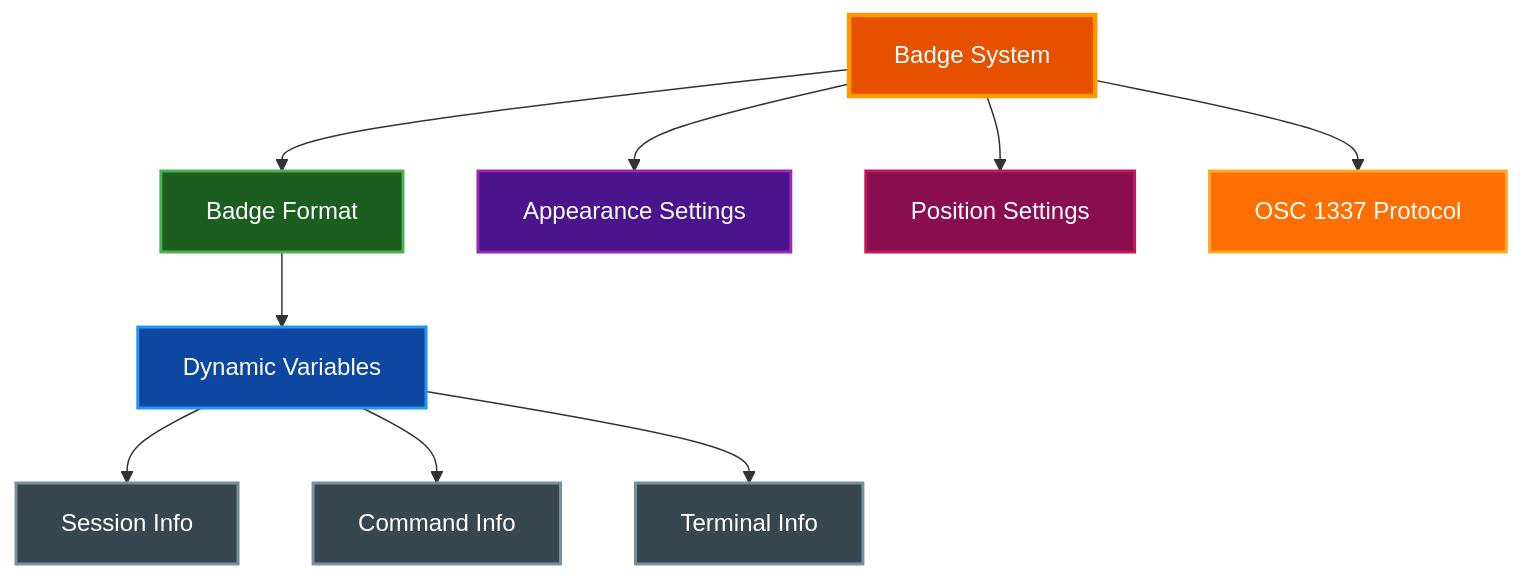
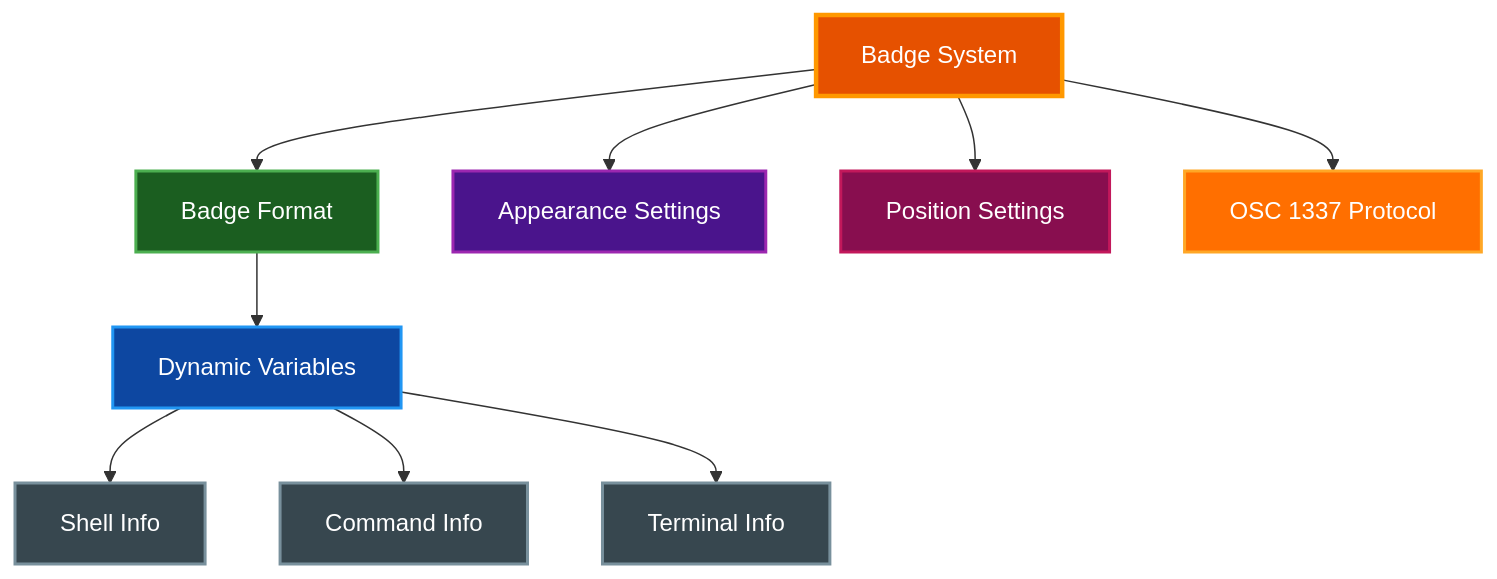
The first of 2 diagrams in docs/features/BADGES.md (paulrobello/par-term), drawn with Mermaid before and after one commit. The commit also changed other lines of this file and 83 other files, not shown here.

````diff
--- a/docs/features/BADGES.md
+++ b/docs/features/BADGES.md
@@ -22,35 +22,35 @@
 ```mermaid
 graph TD
     Badge[Badge System]
     Format[Badge Format]
     Variables[Dynamic Variables]
     Appearance[Appearance Settings]
     Position[Position Settings]
     OSC[OSC 1337 Protocol]
 
     Badge --> Format
     Badge --> Appearance
     Badge --> Position
     Badge --> OSC
 
     Format --> Variables
-    Variables --> Session[Session Info]
+    Variables --> Session[Shell Info]
     Variables --> Command[Command Info]
     Variables --> Terminal[Terminal Info]
 
     class Badge primary
     class Format active
     class Variables data
     class Appearance external
     class Position error
     class OSC warning
     class Session,Command,Terminal neutral
 
     classDef primary fill:#e65100,stroke:#ff9800,stroke-width:3px,color:#ffffff
     classDef active fill:#1b5e20,stroke:#4caf50,stroke-width:2px,color:#ffffff
     classDef data fill:#0d47a1,stroke:#2196f3,stroke-width:2px,color:#ffffff
     classDef external fill:#4a148c,stroke:#9c27b0,stroke-width:2px,color:#ffffff
     classDef error fill:#880e4f,stroke:#c2185b,stroke-width:2px,color:#ffffff
     classDef warning fill:#ff6f00,stroke:#ffa726,stroke-width:2px,color:#ffffff
     classDef neutral fill:#37474f,stroke:#78909c,stroke-width:2px,color:#ffffff
 ```
````
